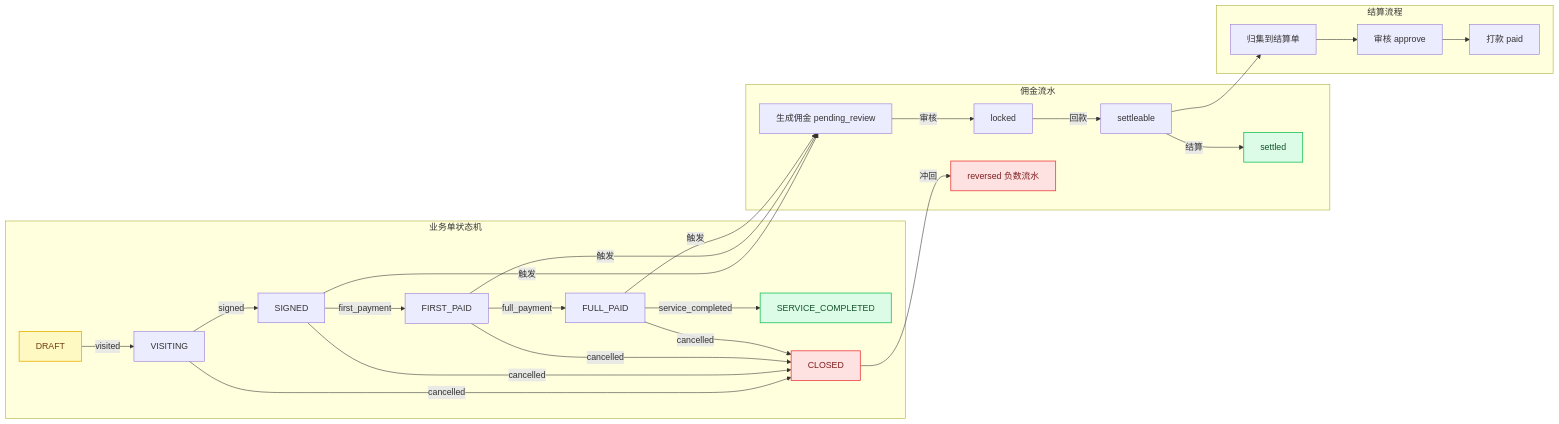
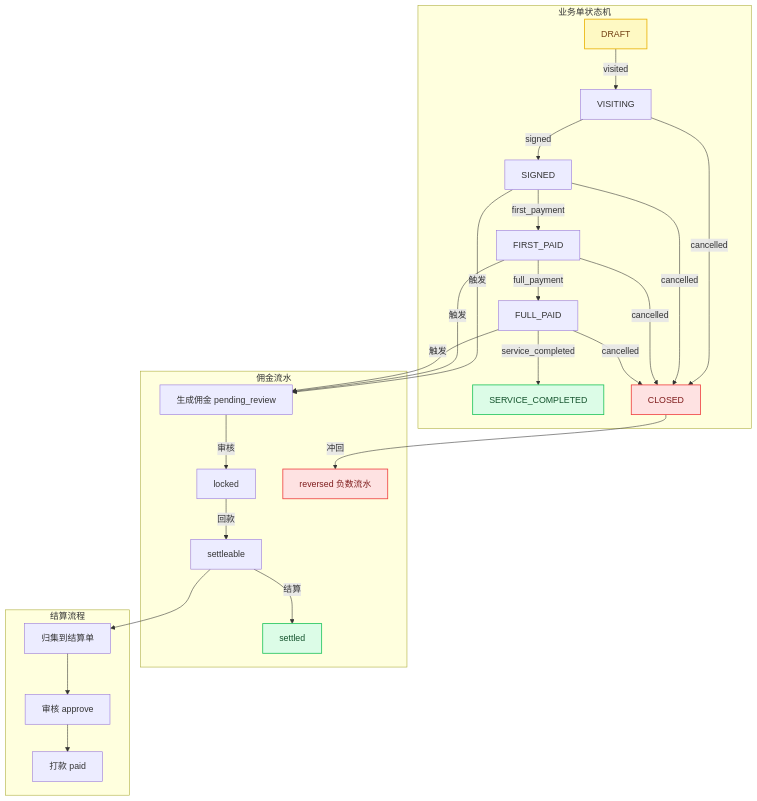
Before and after one commit to StevenTsai/distribution-architecture: the first of 5 diagrams in architecture/commission-pipeline.md, drawn with Mermaid. The commit also changed other lines of this file and 37 other files, not shown here.

First line of the commit message:
docs: replace ASCII diagrams with Mermaid and improve layout

````diff
--- a/architecture/commission-pipeline.md
+++ b/architecture/commission-pipeline.md
@@ -11,39 +11,39 @@
 ```mermaid
-flowchart LR
+flowchart TB
     subgraph 业务单状态机
         A[DRAFT] -->|visited| B[VISITING]
         B -->|signed| C[SIGNED]
         C -->|first_payment| D[FIRST_PAID]
         D -->|full_payment| E[FULL_PAID]
         E -->|service_completed| F[SERVICE_COMPLETED]
         B -->|cancelled| G[CLOSED]
         C -->|cancelled| G
         D -->|cancelled| G
         E -->|cancelled| G
     end
 
     subgraph 佣金流水
         C -->|触发| H[生成佣金 pending_review]
         D -->|触发| H
         E -->|触发| H
         H -->|审核| I[locked]
         I -->|回款| J[settleable]
         J -->|结算| K[settled]
         G -->|冲回| L[reversed 负数流水]
     end
 
     subgraph 结算流程
         J --> M[归集到结算单]
         M --> N[审核 approve]
         N --> O[打款 paid]
     end
 
     class A warning
     class F success
     class G danger
     class K success
     class L danger
     classDef success fill:#dcfce7,stroke:#22c55e,color:#14532d,stroke-width:1.5px
     classDef warning fill:#fef9c3,stroke:#eab308,color:#713f12,stroke-width:1.5px
     classDef danger fill:#fee2e2,stroke:#ef4444,color:#7f1d1d,stroke-width:1.5px
 ```
````
